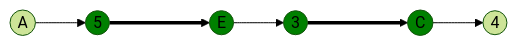
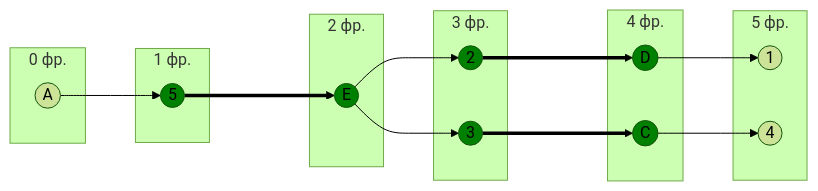
Before and after one commit to hse-algo-psapr-25/manual-tasks: the seventh of 12 diagrams in Задание 14/Rehash.md, drawn with Mermaid (forest theme). The commit also changed other lines of this file, not shown here.

````diff
--- a/Задание 14/Rehash.md
+++ b/Задание 14/Rehash.md
@@ -200,15 +219,33 @@
 ```mermaid
 graph LR
-    A((A))
-    5((5))
-    E((E))
-    3((3))
-    C((C))
-    4((4))
+    subgraph " 0 фр."
+        A((A))
+    end
+    subgraph " 1 фр."
+        5((5))
+    end
+    subgraph " 2 фр."
+        E((E))
+    end
+    subgraph " 3 фр."
+        3((3))
+        2((2))
+    end
+    subgraph " 4 фр."
+        C((C))
+        D((D))
+    end
+    subgraph " 5 фр."
+        4((4))
+        1((1))
+    end
     A --> 5 ===> E --> 3 ===> C --> 4
+    E --> 2 ===> D --> 1
     
     style C fill:#008000
     style E fill:#008000
+    style D fill:#008000
+    style 2 fill:#008000
     style 3 fill:#008000
     style 5 fill:#008000
 ```
````
